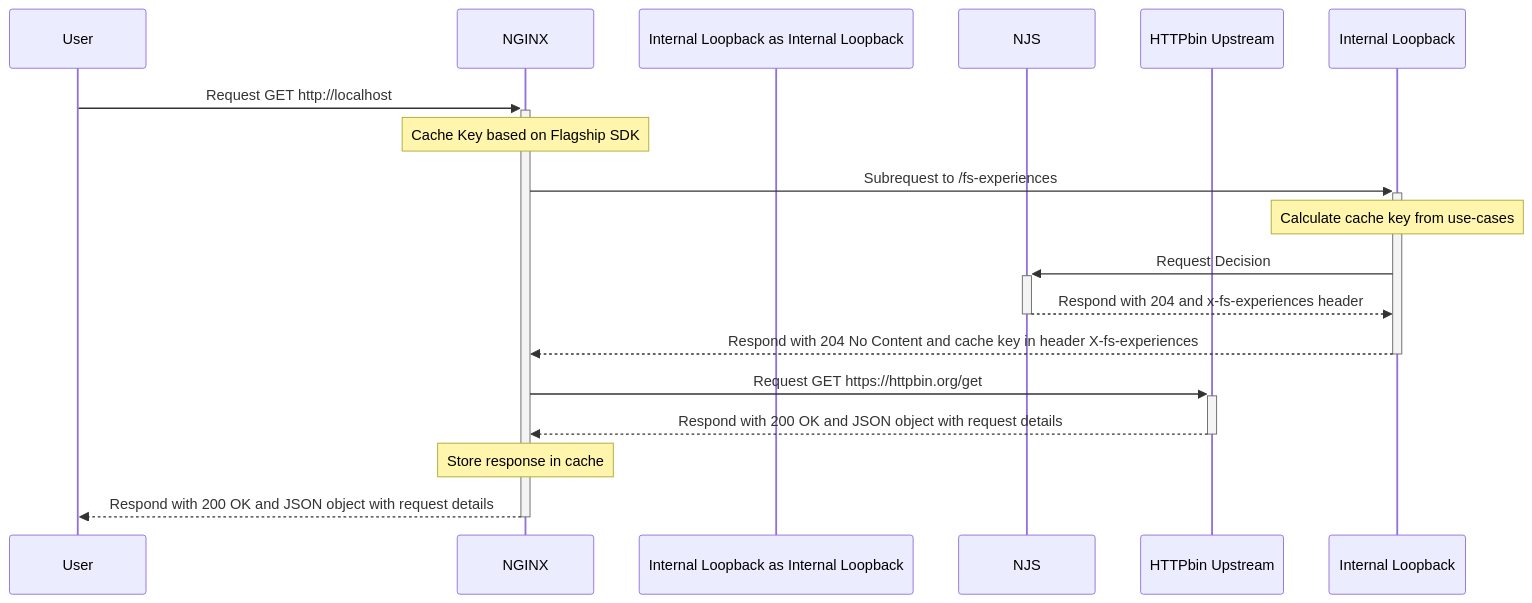
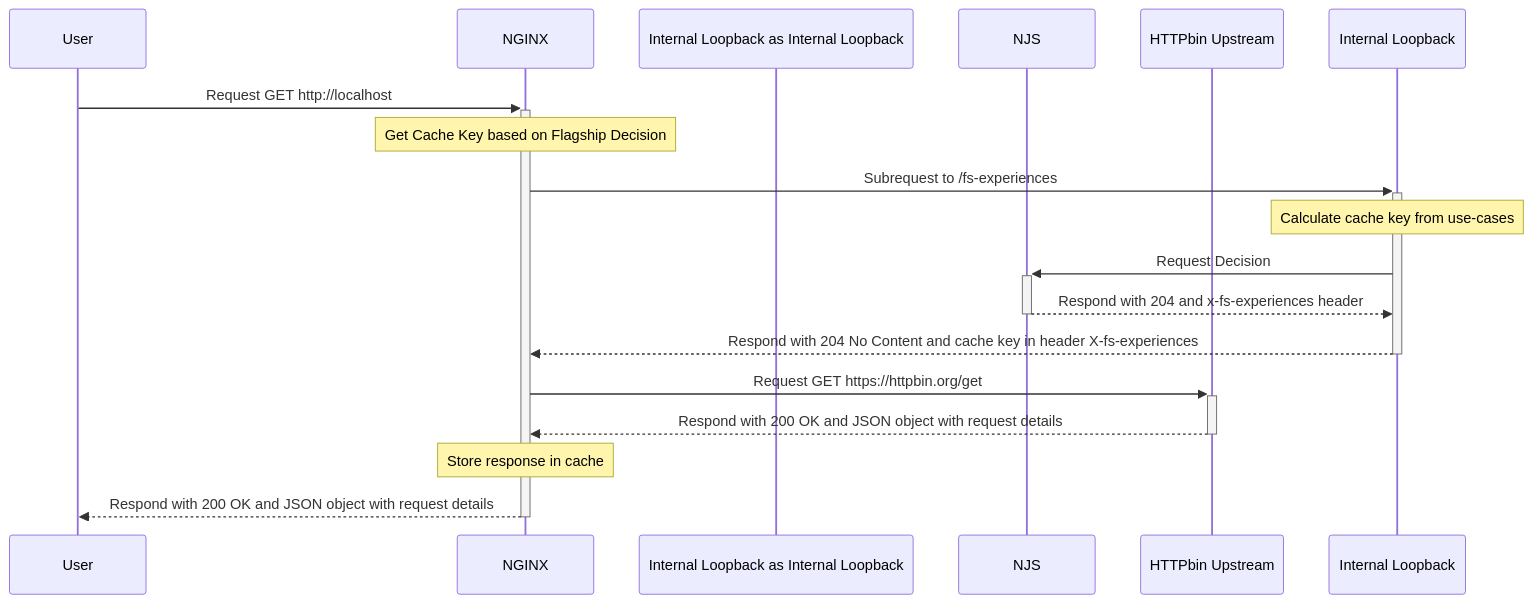
One commit to Madi-Ji/flagship-x-nginx-proxy-cache changed the diagram in README.md. Above: the diagram before and after it, drawn with Mermaid.

````diff
--- a/README.md
+++ b/README.md
@@ -56,20 +56,20 @@
 ```mermaid
 sequenceDiagram
     participant User
     participant NGINX
     participant Internal Loopback as Internal Loopback
     participant NJS
     participant HTTPbin as HTTPbin Upstream
 
     User->>+NGINX: Request GET http://localhost
-    Note over NGINX: Cache Key based on Flagship SDK
+    Note over NGINX: Get Cache Key based on Flagship Decision
     NGINX->>+Internal Loopback: Subrequest to /fs-experiences
     Note over Internal Loopback: Calculate cache key from use-cases
     Internal Loopback->>+NJS: Request Decision
     NJS-->>-Internal Loopback: Respond with 204 and x-fs-experiences header
     Internal Loopback-->>-NGINX: Respond with 204 No Content and cache key in header X-fs-experiences
     NGINX->>+HTTPbin: Request GET https://httpbin.org/get
     HTTPbin-->>-NGINX: Respond with 200 OK and JSON object with request details
     Note over NGINX: Store response in cache
     NGINX-->>-User: Respond with 200 OK and JSON object with request details
 ```
````
